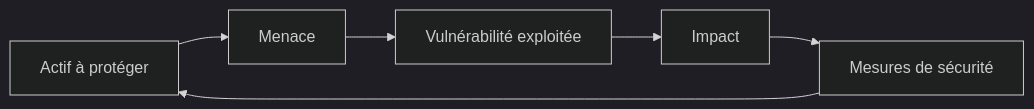
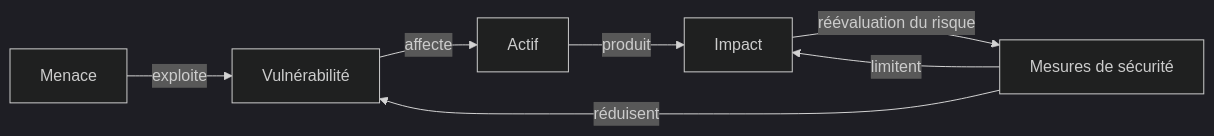
The first of 2 diagrams in content/courses/intro-cyber/01-fondamentaux-cybersecurite.md (AureDulvresse/nyx), drawn with Mermaid (dark theme) before and after one commit. The commit also changed other lines of this file and 167 other files, not shown here.

````diff
--- a/content/courses/intro-cyber/01-fondamentaux-cybersecurite.md
+++ b/content/courses/intro-cyber/01-fondamentaux-cybersecurite.md
@@ -23,8 +45,9 @@
 ```mermaid
-graph LR
-    A[Actif à protéger] --> B[Menace]
-    B --> C[Vulnérabilité exploitée]
-    C --> D[Impact]
-    D --> E[Mesures de sécurité]
-    E --> A
+flowchart LR
+    M["Menace"] -- "exploite" --> V["Vulnérabilité"]
+    V -- "affecte" --> A["Actif"]
+    A -- "produit" --> I["Impact"]
+    C["Mesures de sécurité"] -- "réduisent" --> V
+    C -- "limitent" --> I
+    I -- "réévaluation du risque" --> C
 ```
````
